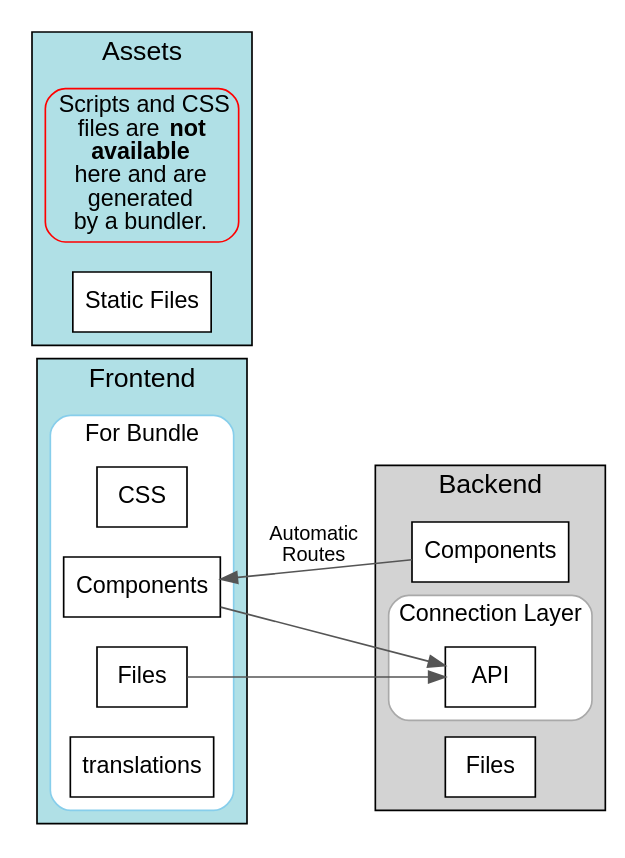
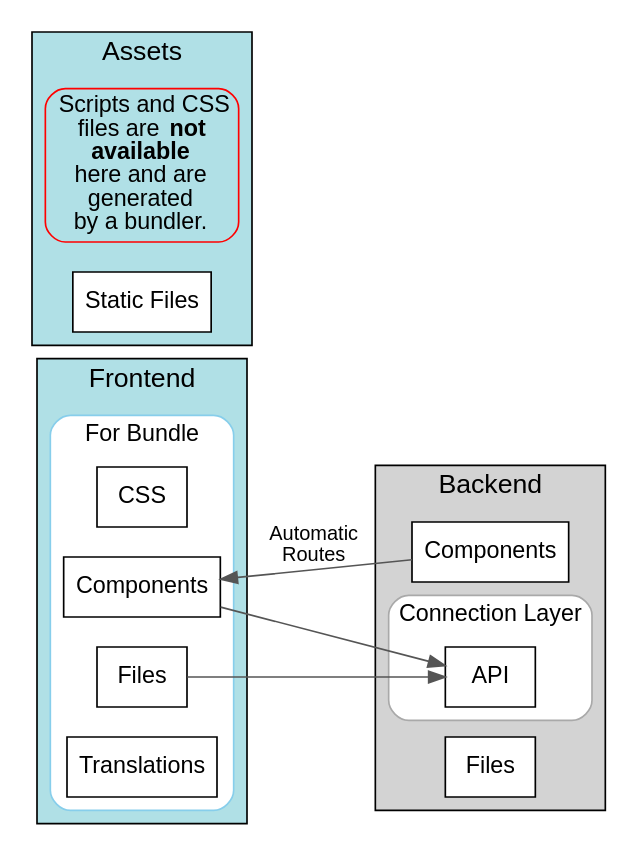
Before and after one commit to hviana/faster_react_core: the diagram in docs/graph.dot, drawn with Graphviz. The commit also changed 2 other files, not shown here.

```diff
--- a/docs/graph.dot
+++ b/docs/graph.dot
@@ -1,63 +1,63 @@
 digraph G {
     rankdir="LR";
     bgcolor="white";
     fontname="Arial";
 
     node [fontname="Arial", shape=box, style=filled, fillcolor="white"];
     edge [fontname="Arial", color="#555555"];
 
     // Backend cluster
     subgraph cluster_backend {
         style=filled;
         fillcolor="#D3D3D3";
         label="Backend";
         fontsize=16;
 
         // Connection Layer subcluster
         subgraph cluster_connection {
             style=rounded;
             color="#A9A9A9";
             label="Connection Layer";
             fontsize=14;
             api [label="API", fillcolor="#FFFFFF"];
         }
 
         components [label="Components"];
         files [label="Files"];
     }
 
     // Assets cluster
     subgraph cluster_assets {
         style=filled;
         fillcolor="#B0E0E6";
         label="Assets";
         fontsize=16;
         bundled [color="red", style=rounded, label=<Scripts and CSS<br/> files are <B>not<br/> available</B><br/> here and are<br/> generated<br/> by a bundler.>]
         static [label="Static Files"];
     }
 
     // Frontend cluster
     subgraph cluster_frontend {
         style=filled;
         fillcolor="#B0E0E6";
         label="Frontend";
         fontsize=16;
 
         // For Bundle subcluster
         subgraph cluster_bundle {
             style=rounded;
             color="#87CEEB";
             label="For Bundle";
             fontsize=14;
             css [label="CSS"];
             components_2 [label="Components"];
             files_2 [label="Files"];
-            translations [label="translations"];
+            translations [label="Translations"];
         }
     }
 
     // Edges with labels
     components -> components_2 [label="Automatic\nRoutes", fontsize=12];
     components_2 -> api [fontsize=12];
     files_2 -> api [fontsize=12];
 }
```
